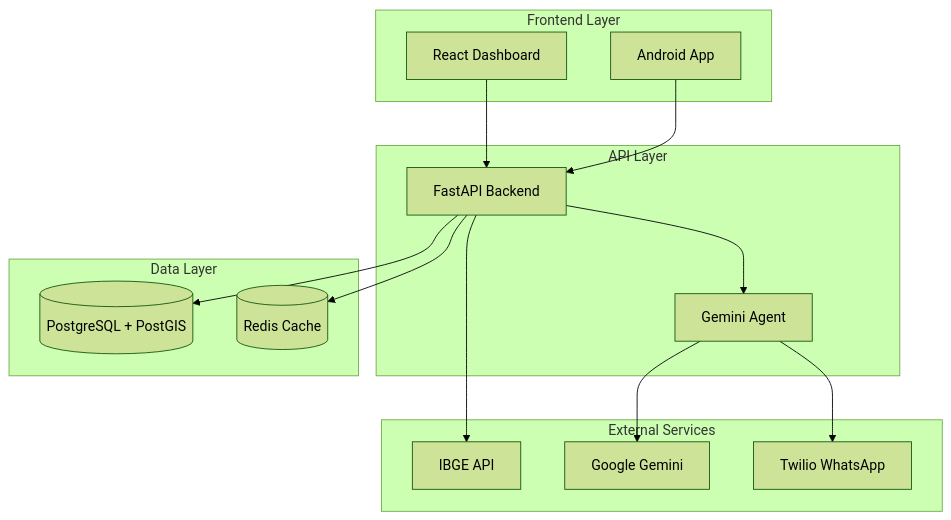
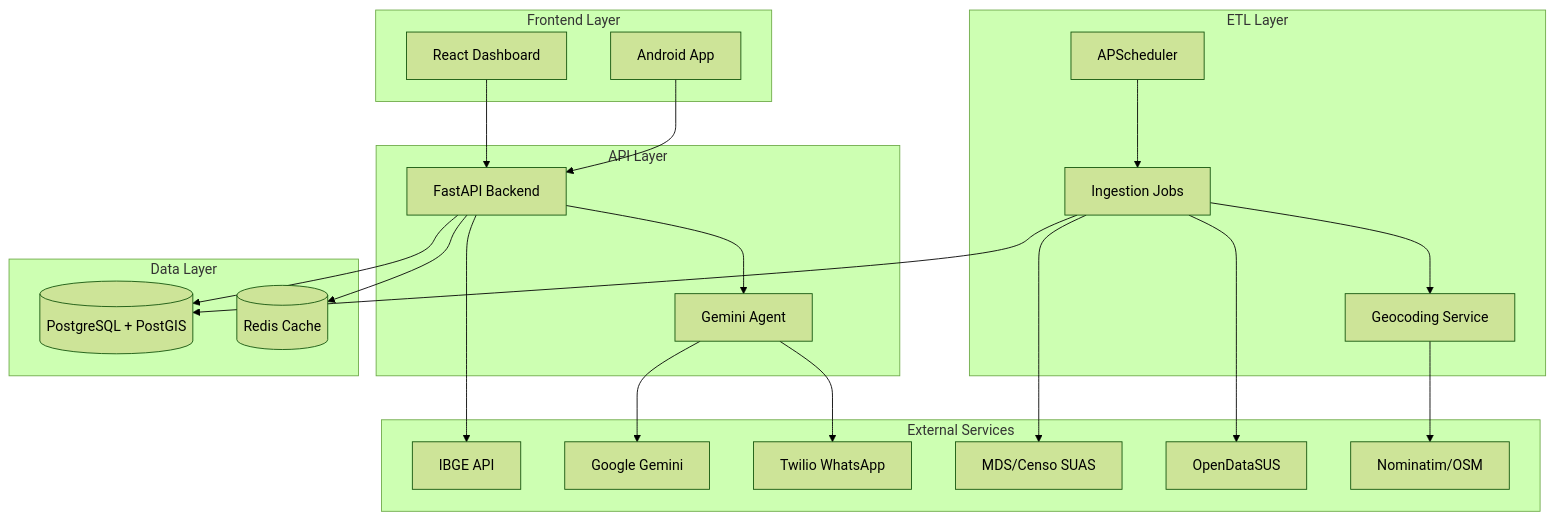
The diagram in docs/tecnico/ARCHITECTURE.md (brunoccteixeira/ta-na-mao), drawn with Mermaid (forest theme) before and after one commit. The commit also changed other lines of this file and 2 other files, not shown here.

First line of the commit message:
docs: add ETL scheduler, CRAS data, and geocoding documentation

````diff
--- a/docs/tecnico/ARCHITECTURE.md
+++ b/docs/tecnico/ARCHITECTURE.md
@@ -9,32 +9,48 @@
 ```mermaid
 graph TB
     subgraph "Frontend Layer"
         Web[React Dashboard]
         Mobile[Android App]
     end
-    
+
     subgraph "API Layer"
         API[FastAPI Backend]
         Agent[Gemini Agent]
     end
-    
+
+    subgraph "ETL Layer"
+        Scheduler[APScheduler]
+        Jobs[Ingestion Jobs]
+        Geocoding[Geocoding Service]
+    end
+
     subgraph "Data Layer"
         PG[(PostgreSQL + PostGIS)]
         Redis[(Redis Cache)]
     end
-    
+
     subgraph "External Services"
         IBGE[IBGE API]
         Gemini[Google Gemini]
         Twilio[Twilio WhatsApp]
+        MDS[MDS/Censo SUAS]
+        OpenDataSUS[OpenDataSUS]
+        Nominatim[Nominatim/OSM]
     end
-    
+
     Web --> API
     Mobile --> API
     API --> Agent
     API --> PG
     API --> Redis
     Agent --> Gemini
     API --> IBGE
     Agent --> Twilio
+
+    Scheduler --> Jobs
+    Jobs --> PG
+    Jobs --> Geocoding
+    Geocoding --> Nominatim
+    Jobs --> MDS
+    Jobs --> OpenDataSUS
 ```
````
